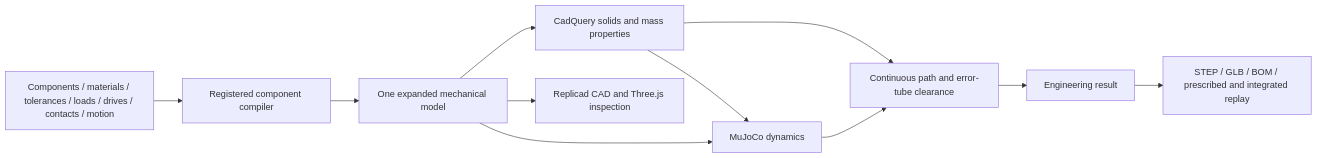
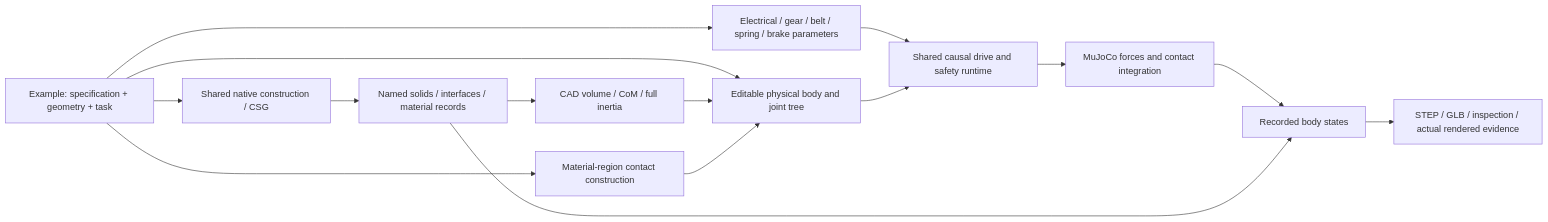
One commit to cybrdelic/cybr-geo changed the diagram in docs/CONSTRUCTIVE_MECHANISMS.md. Above: the diagram before and after it, drawn with Mermaid. The commit also changed other lines of this file and 118 other files, not shown here.

Commit message:
Integrate source-derived ARX engineering through shared native and causal services

````diff
--- a/docs/CONSTRUCTIVE_MECHANISMS.md
+++ b/docs/CONSTRUCTIVE_MECHANISMS.md
@@ -8,13 +8,17 @@
 ```mermaid
 flowchart LR
-  Source[Components / materials / tolerances / loads / drives / contacts / motion] --> Compiler[Registered component compiler]
-  Compiler --> Model[One expanded mechanical model]
-  Model --> Native[CadQuery solids and mass properties]
-  Model --> Browser[Replicad CAD and Three.js inspection]
-  Native --> Simulation[MuJoCo dynamics]
-  Model --> Simulation
-  Native --> Envelope[Continuous path and error-tube clearance]
-  Simulation --> Envelope
-  Envelope --> Gate[Engineering result]
-  Gate --> Exports[STEP / GLB / BOM / prescribed and integrated replay]
+  Design[Example: specification + geometry + task] --> CAD[Shared native construction / CSG]
+  CAD --> Solids[Named solids / interfaces / material records]
+  Solids --> Mass[CAD volume / CoM / full inertia]
+  Design --> Physics[Editable physical body and joint tree]
+  Mass --> Physics
+  Design --> Contacts[Material-region contact construction]
+  Contacts --> Physics
+  Design --> Drives[Electrical / gear / belt / spring / brake parameters]
+  Drives --> Runtime[Shared causal drive and safety runtime]
+  Physics --> Runtime
+  Runtime --> Solver[MuJoCo forces and contact integration]
+  Solver --> Replay[Recorded body states]
+  Solids --> Replay
+  Replay --> Outputs[STEP / GLB / inspection / actual rendered evidence]
 ```
````
